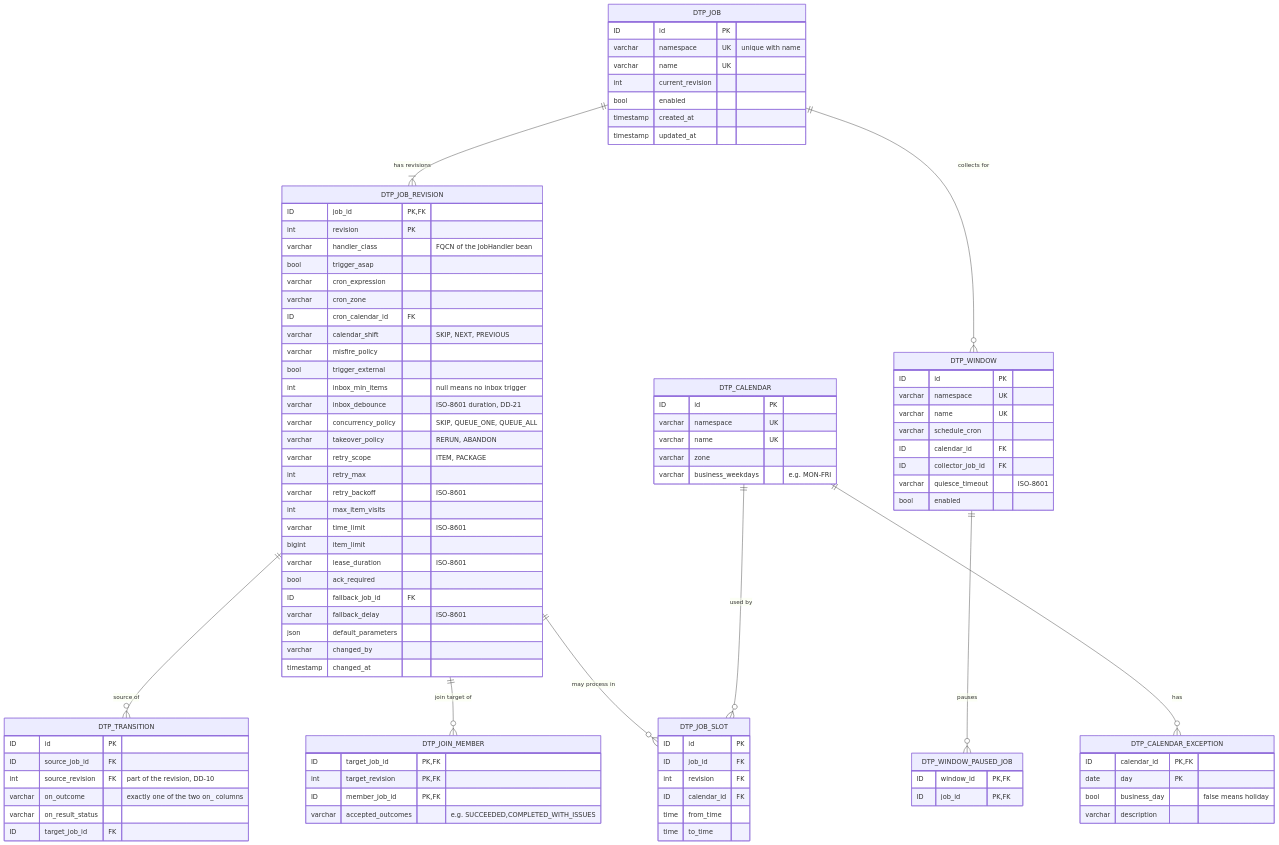
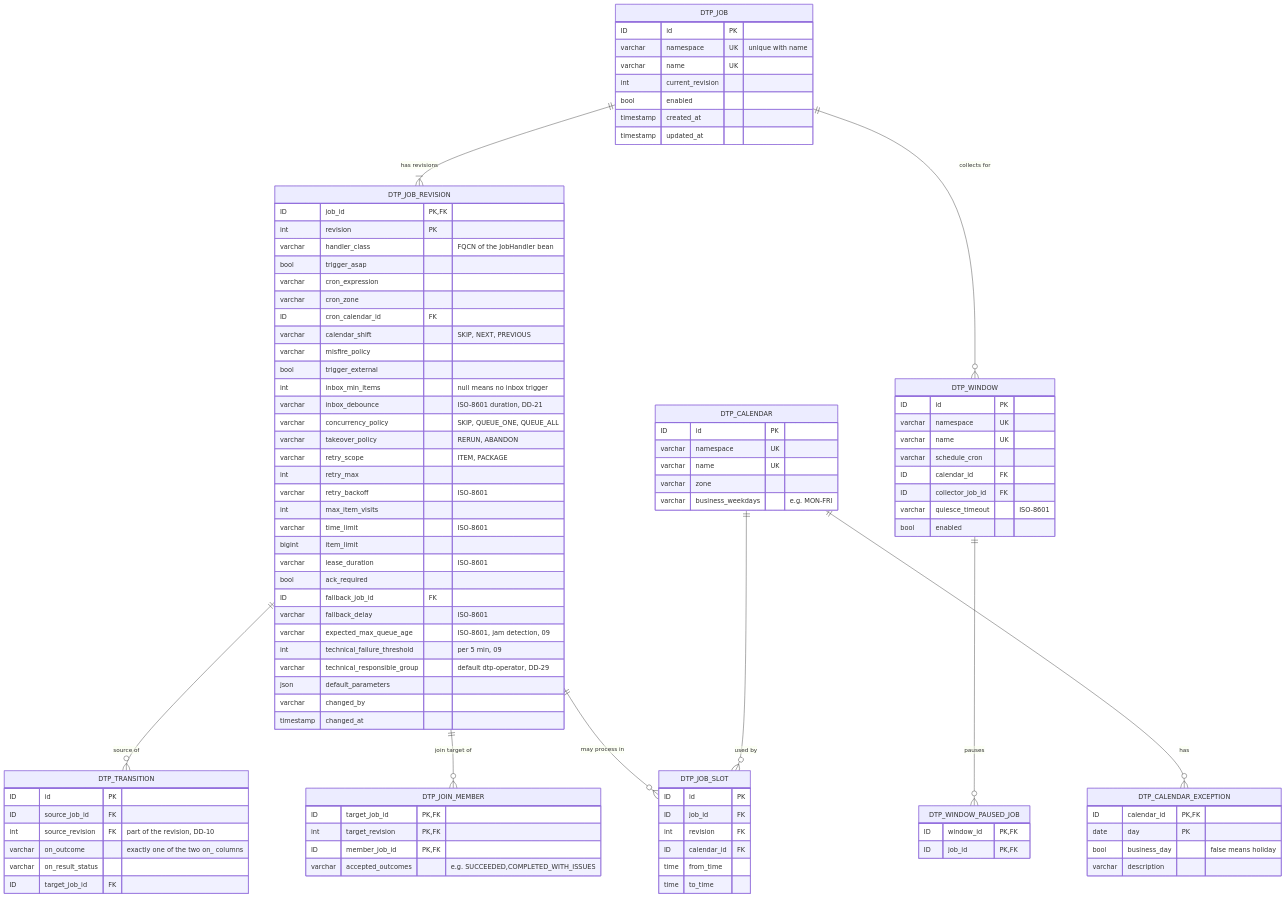
Before and after one commit to os890/poc-distributed-task-processing: the first of 3 diagrams in docs/design/03-persistence.md, drawn with Mermaid. The commit also changed other lines of this file and 9 other files, not shown here.

First line of the commit message:
Add monitoring design, failure kinds and journey diagrams

```diff
--- a/docs/design/03-persistence.md
+++ b/docs/design/03-persistence.md
@@ -57,6 +57,9 @@
         bool ack_required
         ID fallback_job_id FK
         varchar fallback_delay "ISO-8601"
+        varchar expected_max_queue_age "ISO-8601, jam detection, 09"
+        int technical_failure_threshold "per 5 min, 09"
+        varchar technical_responsible_group "default dtp-operator, DD-29"
         json default_parameters
         varchar changed_by
         timestamp changed_at
```
